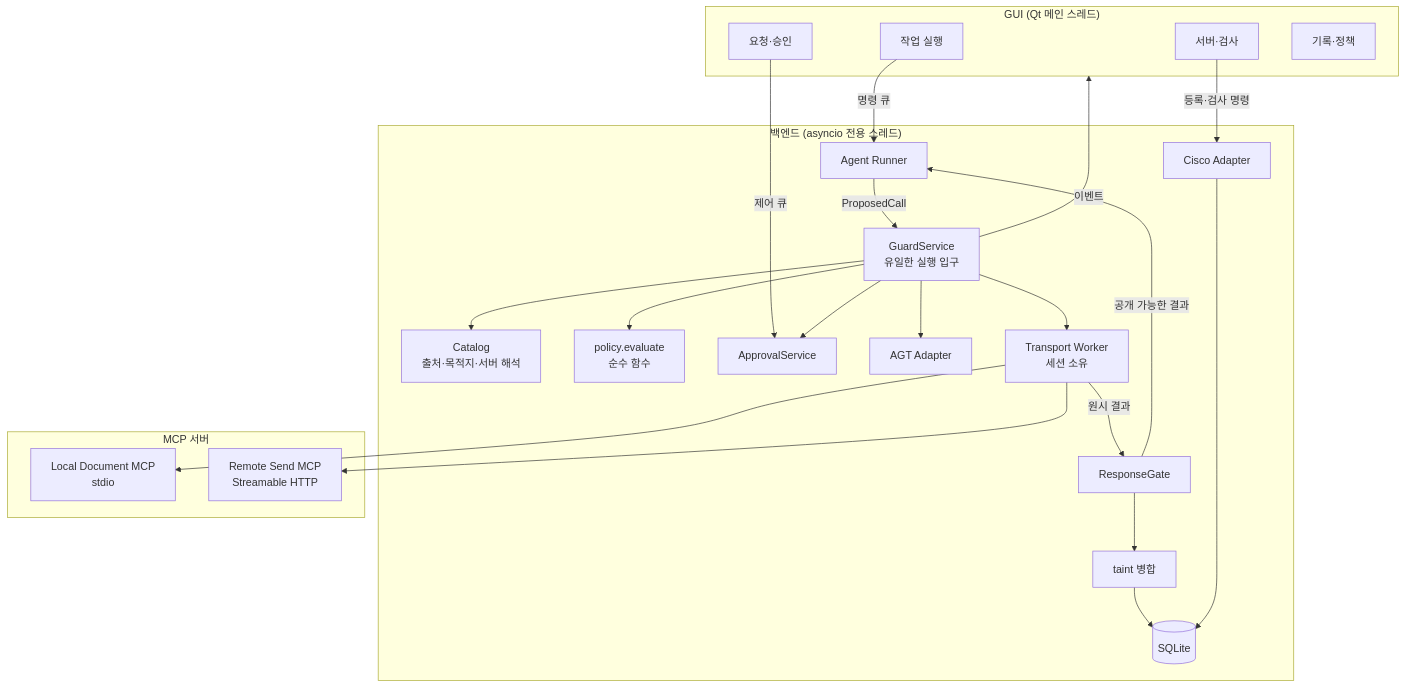
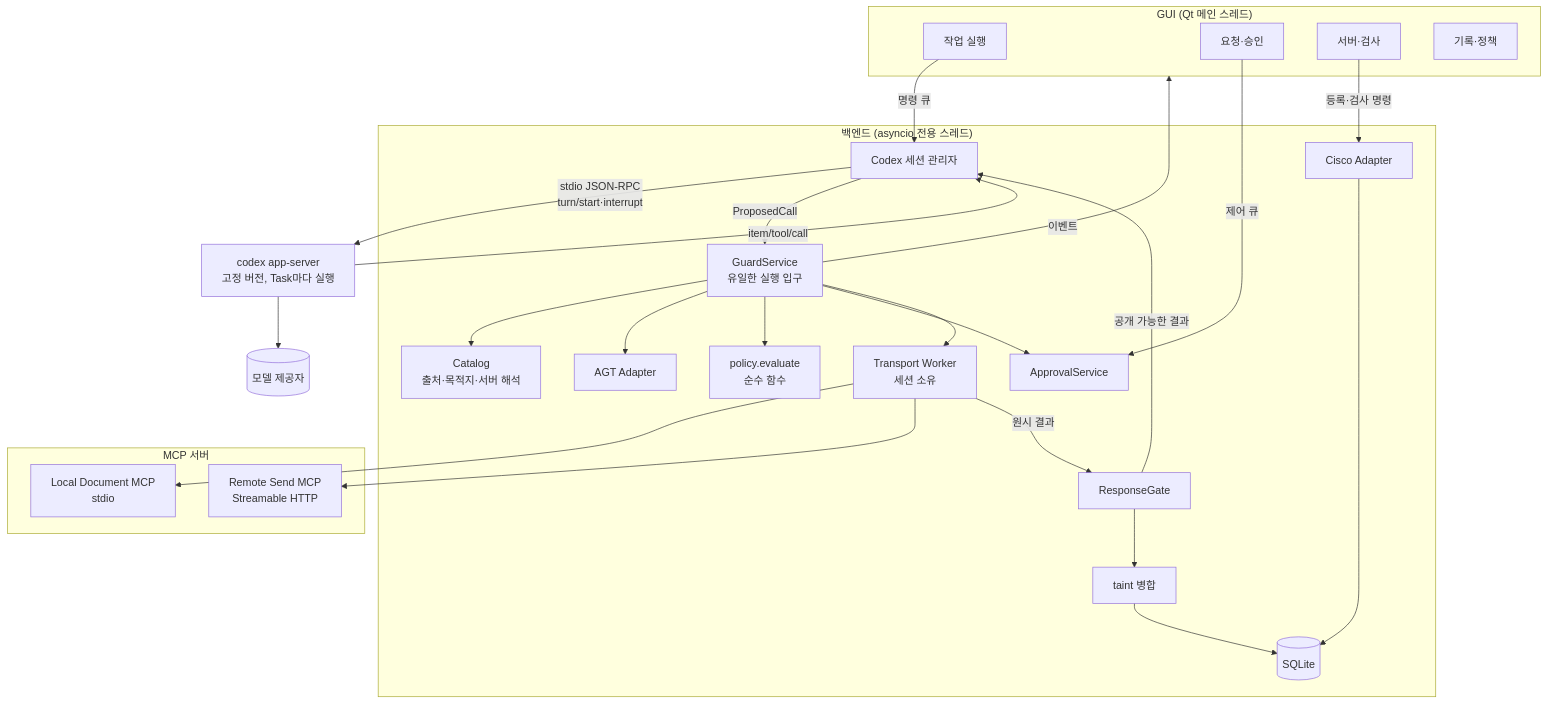
One commit to hsminu/MCP-Runtime-Guard changed the first of 5 diagrams in docs/technical-design.md. Above: the diagram before and after it, drawn with Mermaid. The commit also changed other lines of this file and 2 other files, not shown here.

First line of the commit message:
docs: align the design doc with the Codex harness

````diff
--- a/docs/technical-design.md
+++ b/docs/technical-design.md
@@ -135,46 +135,52 @@
 ```mermaid
 flowchart TB
     subgraph UI["GUI (Qt 메인 스레드)"]
         RunTab[작업 실행]
         ApprTab[요청·승인]
         SrvTab[서버·검사]
         LogTab[기록·정책]
     end
 
     subgraph Core["백엔드 (asyncio 전용 스레드)"]
-        Runner[Agent Runner]
+        Runner[Codex 세션 관리자]
         Guard[GuardService<br/>유일한 실행 입구]
         Catalog[Catalog<br/>출처·목적지·서버 해석]
         Policy[policy.evaluate<br/>순수 함수]
         Taint[taint 병합]
         Appr[ApprovalService]
         Gate[ResponseGate]
         Store[(SQLite)]
         AGT[AGT Adapter]
         Scan[Cisco Adapter]
         TW[Transport Worker<br/>세션 소유]
     end
 
     subgraph MCP["MCP 서버"]
         Local[Local Document MCP<br/>stdio]
         Remote[Remote Send MCP<br/>Streamable HTTP]
     end
 
+    Codex[codex app-server<br/>고정 버전, Task마다 실행]
+    Model[(모델 제공자)]
+
     RunTab -- 명령 큐 --> Runner
+    Runner -- stdio JSON-RPC<br/>turn/start·interrupt --> Codex
+    Codex -- item/tool/call --> Runner
+    Codex --> Model
     ApprTab -- 제어 큐 --> Appr
     Runner -- ProposedCall --> Guard
     Guard --> Catalog
     Guard --> AGT
     Guard --> Policy
     Guard --> Appr
     Guard --> TW
     TW --> Local
     TW --> Remote
     TW -- 원시 결과 --> Gate
     Gate --> Taint
     Taint --> Store
     Gate -- 공개 가능한 결과 --> Runner
     Guard -- 이벤트 --> UI
     SrvTab -- 등록·검사 명령 --> Scan
     Scan --> Store
 ```
````
